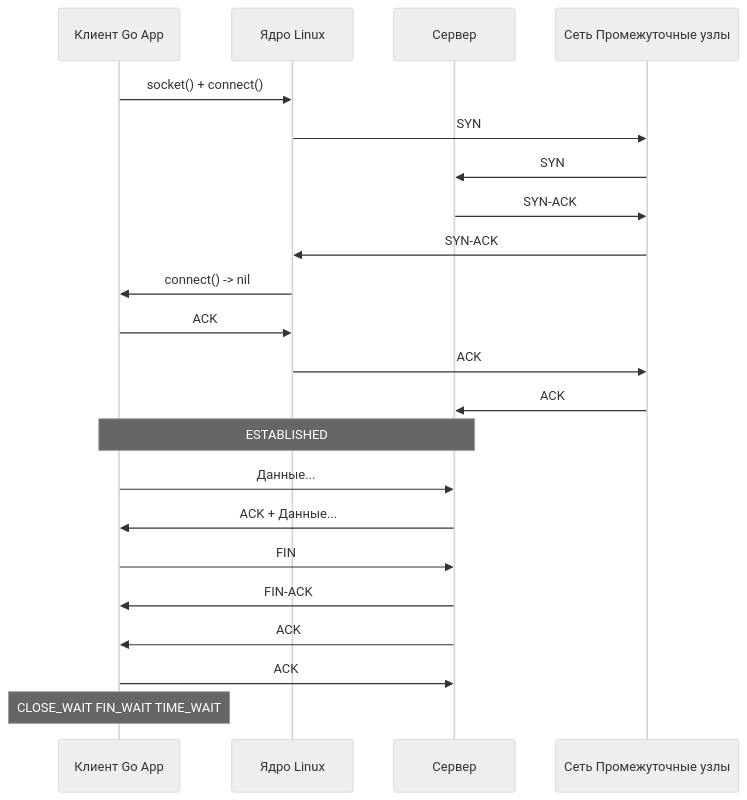
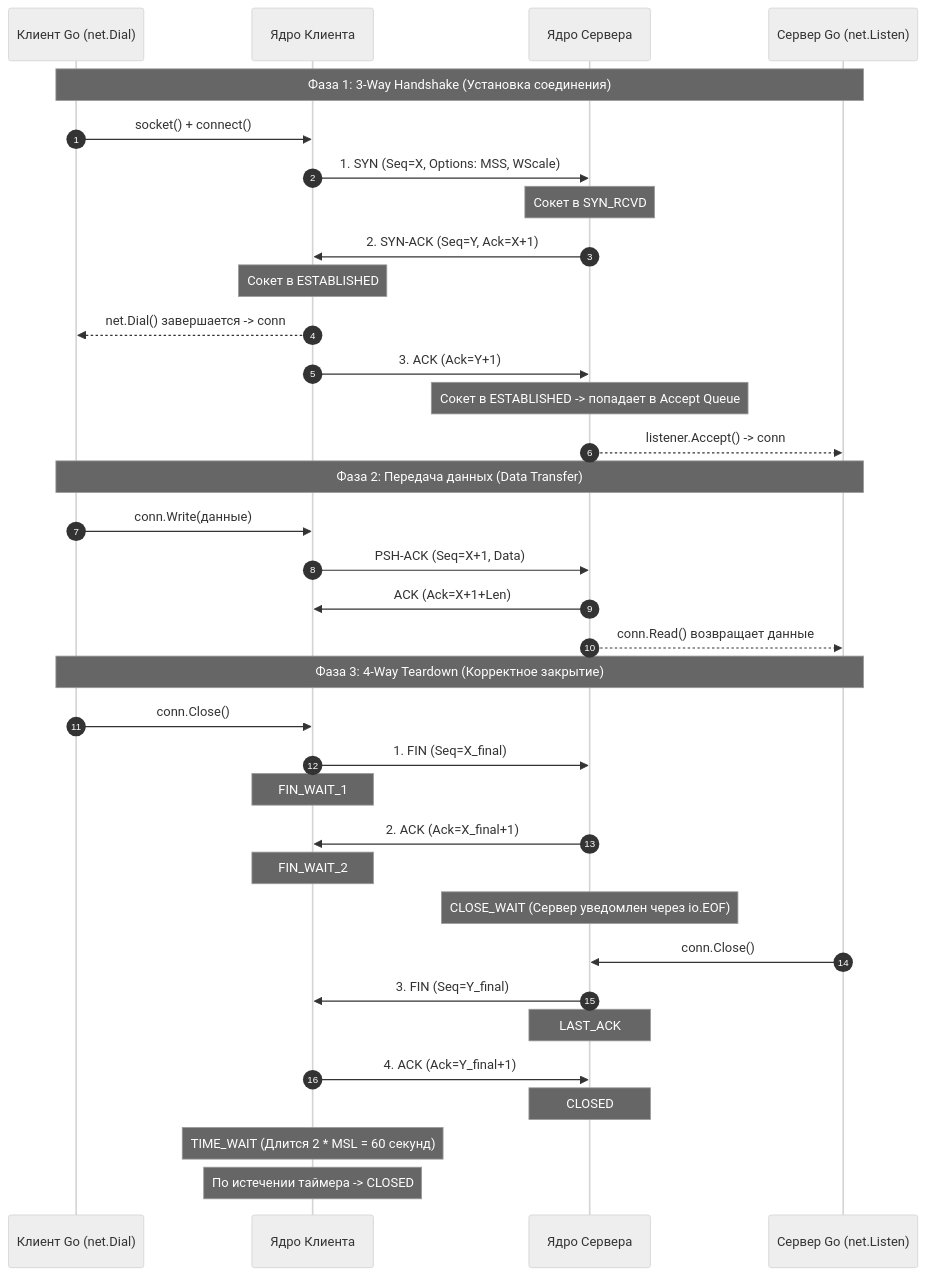
One commit to UnrealTemplier/go-textbook changed the third of 4 diagrams in sources/3. Компьютерные сети и сетевой стек/10. TCP. Устройство, гарантии и жизненный цикл соединения.md. Above: the diagram before and after it, drawn with Mermaid (neutral theme). The commit also changed other lines of this file, not shown here.

````diff
--- a/sources/3. Компьютерные сети и сетевой стек/10. TCP. Устройство, гарантии и жизненный цикл соединения.md
+++ b/sources/3. Компьютерные сети и сетевой стек/10. TCP. Устройство, гарантии и жизненный цикл соединения.md
@@ -55,25 +160,40 @@
 ```mermaid
 sequenceDiagram
-    participant Client as Клиент Go App
-    participant Kernel as Ядро Linux
-    participant Server as Сервер
-    participant OS as Сеть Промежуточные узлы
+    autonumber
+    participant Client as Клиент Go (net.Dial)
+    participant CKernel as Ядро Клиента
+    participant SKernel as Ядро Сервера
+    participant Server as Сервер Go (net.Listen)
 
-    Client->>Kernel: socket() + connect()
-    Kernel->>OS: SYN
-    OS->>Server: SYN
-    Server->>OS: SYN-ACK
-    OS->>Kernel: SYN-ACK
-    Kernel->>Client: connect() -> nil
-    Client->>Kernel: ACK
-    Kernel->>OS: ACK
-    OS->>Server: ACK
-    Note over Client,Server: ESTABLISHED
-    Client->>Server: Данные...
-    Server->>Client: ACK + Данные...
-    Client->>Server: FIN
-    Server->>Client: FIN-ACK
-    Server->>Client: ACK
-    Client->>Server: ACK
-    Note over Client: CLOSE_WAIT FIN_WAIT TIME_WAIT
+    Note over Client,Server: Фаза 1: 3-Way Handshake (Установка соединения)
+    Client->>CKernel: socket() + connect()
+    CKernel->>SKernel: 1. SYN (Seq=X, Options: MSS, WScale)
+    Note over SKernel: Сокет в SYN_RCVD
+    SKernel->>CKernel: 2. SYN-ACK (Seq=Y, Ack=X+1)
+    Note over CKernel: Сокет в ESTABLISHED
+    CKernel-->>Client: net.Dial() завершается -> conn
+    CKernel->>SKernel: 3. ACK (Ack=Y+1)
+    Note over SKernel: Сокет в ESTABLISHED -> попадает в Accept Queue
+    SKernel-->>Server: listener.Accept() -> conn
+
+    Note over Client,Server: Фаза 2: Передача данных (Data Transfer)
+    Client->>CKernel: conn.Write(данные)
+    CKernel->>SKernel: PSH-ACK (Seq=X+1, Data)
+    SKernel->>CKernel: ACK (Ack=X+1+Len)
+    SKernel-->>Server: conn.Read() возвращает данные
+
+    Note over Client,Server: Фаза 3: 4-Way Teardown (Корректное закрытие)
+    Client->>CKernel: conn.Close()
+    CKernel->>SKernel: 1. FIN (Seq=X_final)
+    Note over CKernel: FIN_WAIT_1
+    SKernel->>CKernel: 2. ACK (Ack=X_final+1)
+    Note over CKernel: FIN_WAIT_2
+    Note over SKernel: CLOSE_WAIT (Сервер уведомлен через io.EOF)
+    Server->>SKernel: conn.Close()
+    SKernel->>CKernel: 3. FIN (Seq=Y_final)
+    Note over SKernel: LAST_ACK
+    CKernel->>SKernel: 4. ACK (Ack=Y_final+1)
+    Note over SKernel: CLOSED
+    Note over CKernel: TIME_WAIT (Длится 2 * MSL = 60 секунд)
+    Note over CKernel: По истечении таймера -> CLOSED
 ```
````
